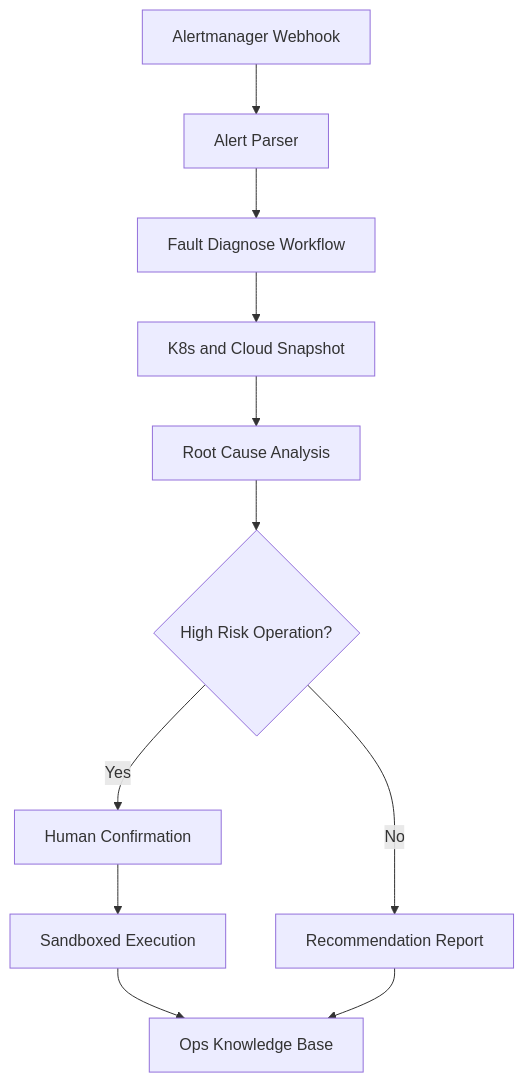
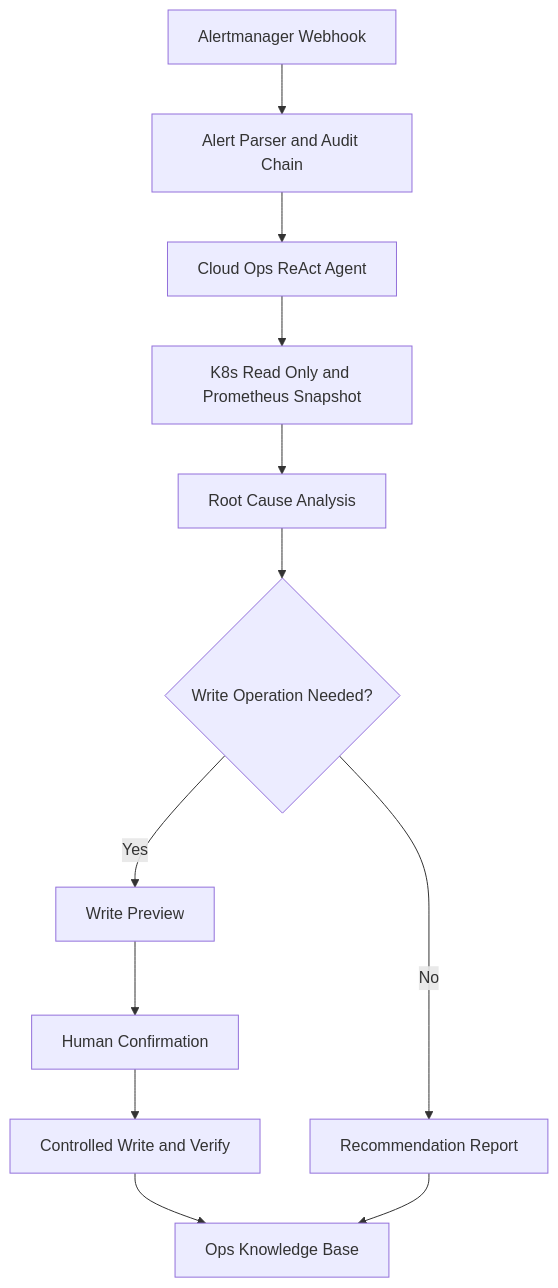
One commit to mjydear/mjy_agent changed the second of 2 diagrams in README.md. Above: the diagram before and after it, drawn with Mermaid. The commit also changed other lines of this file and 58 other files, not shown here.

First line of the commit message:
refactor(cloud-ops): 清理旧版 mock 工具链,统一到真实 K8s/Prometheus 实现

````diff
--- a/README.md
+++ b/README.md
@@ -83,13 +83,14 @@
 ```mermaid
 flowchart TB
-	Alert[Alertmanager Webhook] --> Parse[Alert Parser]
-	Parse --> Workflow[Fault Diagnose Workflow]
-	Workflow --> Snapshot[K8s and Cloud Snapshot]
+	Alert[Alertmanager Webhook] --> Parse[Alert Parser and Audit Chain]
+	Parse --> Agent[Cloud Ops ReAct Agent]
+	Agent --> Snapshot[K8s Read Only and Prometheus Snapshot]
 	Snapshot --> Diagnose[Root Cause Analysis]
-	Diagnose --> Guard{High Risk Operation?}
+	Diagnose --> Guard{Write Operation Needed?}
 	Guard -->|No| Report[Recommendation Report]
-	Guard -->|Yes| Confirm[Human Confirmation]
-	Confirm --> Execute[Sandboxed Execution]
+	Guard -->|Yes| Preview[Write Preview]
+	Preview --> Confirm[Human Confirmation]
+	Confirm --> Execute[Controlled Write and Verify]
 	Execute --> Knowledge[Ops Knowledge Base]
 	Report --> Knowledge
 ```
````
